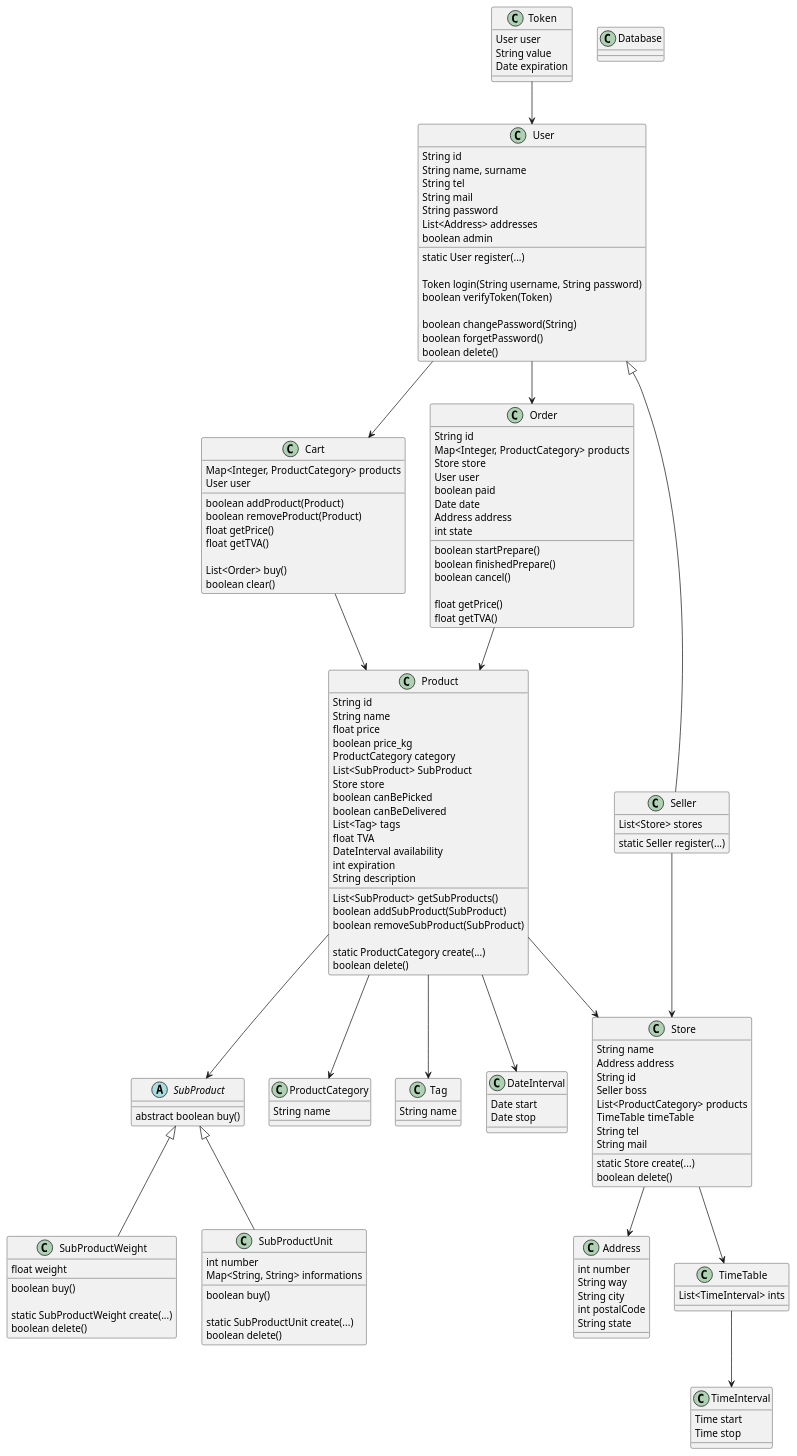
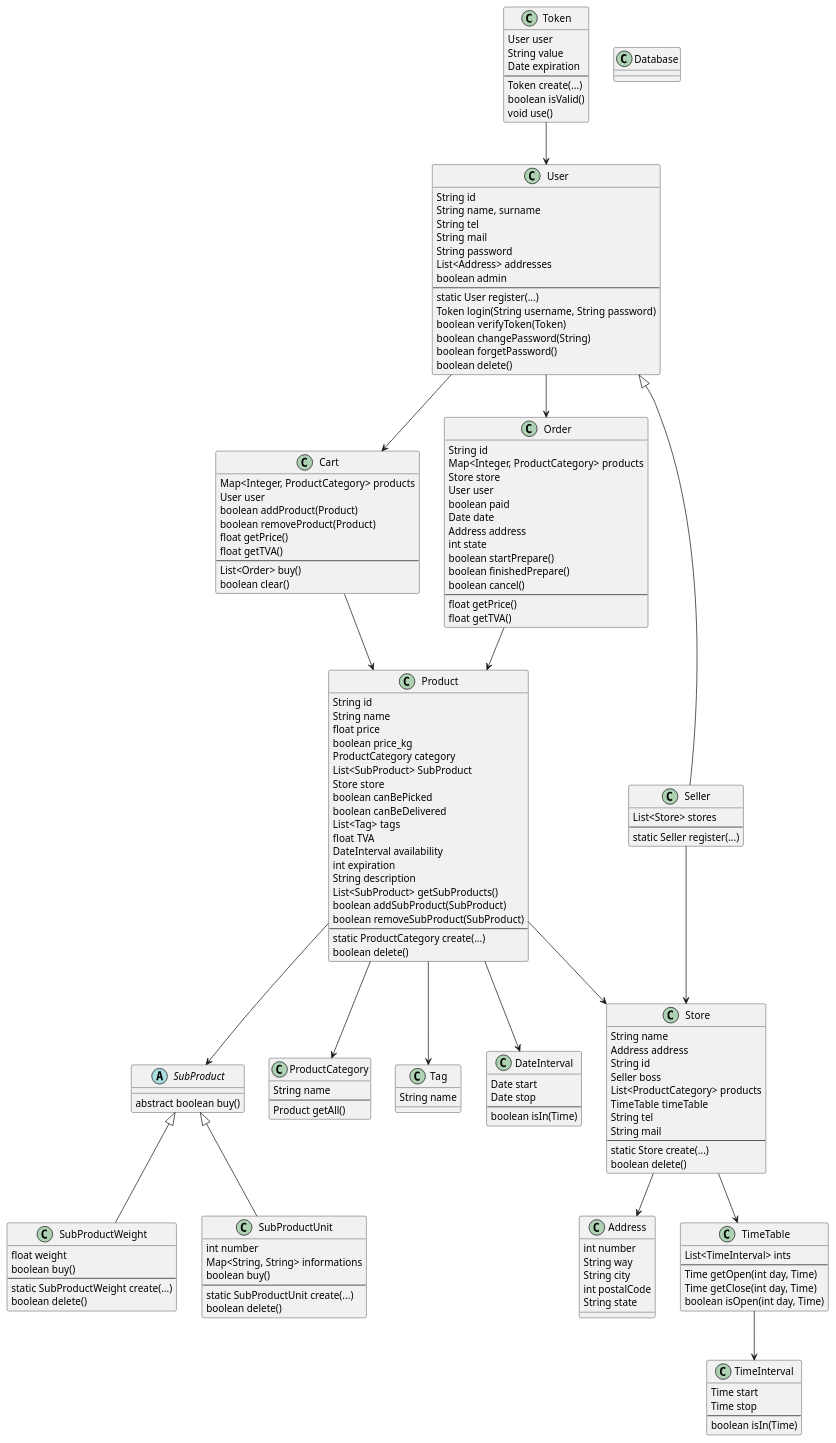
Before and after one commit to Fgdou/LaCueillette: the diagram in All.puml, drawn with PlantUML.

Commit message:
Add separation to UML

```diff
--- a/All.puml
+++ b/All.puml
@@ -1,157 +1,168 @@
 @startuml
 
 'skinparam linetype ortho
 
 class Product{
     String id
     String name
     float price
     boolean price_kg
     ProductCategory category
     List<SubProduct> SubProduct
     Store store
     boolean canBePicked
     boolean canBeDelivered
     List<Tag> tags
     float TVA
     DateInterval availability
     int expiration
     String description
     List<SubProduct> getSubProducts()
     boolean addSubProduct(SubProduct)
     boolean removeSubProduct(SubProduct)
-
+    --
     static ProductCategory create(...)
     boolean delete()
 }
 abstract class SubProduct{
     abstract boolean buy()
 }
 class SubProductWeight extends SubProduct{
     float weight
     boolean buy()
-
+    --
     static SubProductWeight create(...)
     boolean delete()
 }
 class SubProductUnit extends SubProduct{
     int number
     Map<String, String> informations
     boolean buy()
-
+    --
     static SubProductUnit create(...)
     boolean delete()
 }
 class Store{
     String name
     Address address
     String id
     Seller boss
     List<ProductCategory> products
     TimeTable timeTable
     String tel
     String mail
-
+    --
     static Store create(...)
     boolean delete()
 }
 class Cart{
     Map<Integer, ProductCategory> products
     User user
     boolean addProduct(Product)
     boolean removeProduct(Product)
     float getPrice()
     float getTVA()
-
+    --
     List<Order> buy()
     boolean clear()
 }
 class Order{
     String id
     Map<Integer, ProductCategory> products
     Store store
     User user
     boolean paid
     Date date
     Address address
     int state
-
     boolean startPrepare()
     boolean finishedPrepare()
     boolean cancel()
-
+    --
     float getPrice()
     float getTVA()
 }
 class User{
     String id
     String name, surname
     String tel
     String mail
     String password
     List<Address> addresses
     boolean admin
-
+    --
     static User register(...)
-
     Token login(String username, String password)
     boolean verifyToken(Token)
-
     boolean changePassword(String)
     boolean forgetPassword()
     boolean delete()
 }
 class Seller extends User{
     List<Store> stores
-
+    --
     static Seller register(...)
 }
 class ProductCategory{
     String name
+    --
+    Product getAll()
 }
 class Tag{
     String name
 }
 class DateInterval{
     Date start
     Date stop
+    --
+    boolean isIn(Time)
 }
 class TimeInterval{
     Time start
     Time stop
+    --
+    boolean isIn(Time)
 }
 class Database{
     '//TODO
 }
 class Address{
     int number
     String way
     String city
     int postalCode
     String state
 }
 class TimeTable{
     List<TimeInterval> ints
+    --
+    Time getOpen(int day, Time)
+    Time getClose(int day, Time)
+    boolean isOpen(int day, Time)
 }
 class Token{
     User user
     String value
     Date expiration
+    --
+    Token create(...)
+    boolean isValid()
+    void use()
 }
 
-Seller      --> Store
 Product     --> Store
 Product     --> DateInterval
 Product     --> Tag
 Product     --> SubProduct
 Product     --> ProductCategory
+Seller      --> Store
 Cart        --> Product
 Order       --> Product
 User        --> Cart
 User        --> Order
 Token       --> User
 Store       --> Address
 Store       --> TimeTable
 TimeTable   --> TimeInterval
 
 @enduml
```
